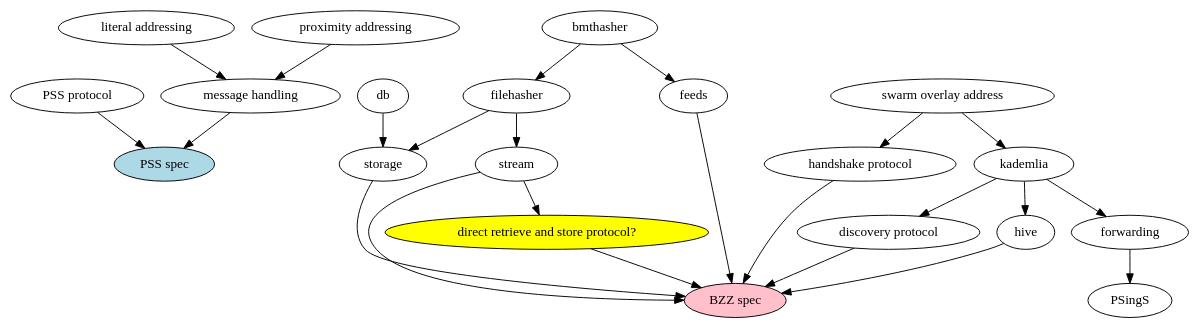
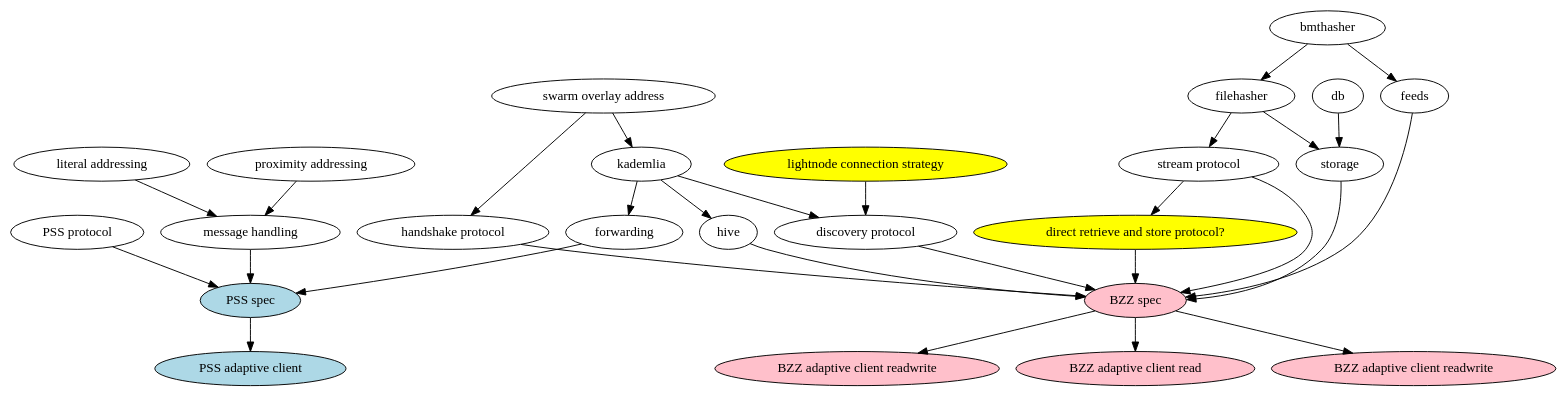
One commit to nolash/swarm-adaptive-node changed the diagram in specdep.dot. Above: the diagram before and after it, drawn with Graphviz. The commit also changed 1 other file, not shown here.

```diff
--- a/specdep.dot
+++ b/specdep.dot
@@ -1,30 +1,41 @@
 digraph{
 	PSS [label="PSS spec",style="filled",fillcolor="lightblue"]
 	BZZ [label="BZZ spec",style="filled",fillcolor="pink"]
 	lightextension [label="direct retrieve and store protocol?",style="filled",fillcolor="yellow"]
 	discovery [label="discovery protocol"]
 	handshake [label="handshake protocol"]
 	pssprotocol [label="PSS protocol"]
 	overlay [label="swarm overlay address"]
 	literaladdress [label="literal addressing"]
 	proxaddress [label="proximity addressing"]
 	psshandler [label="message handling"]
-	stream [labe="stream protocol"]
+	stream [label="stream protocol"]
+	lightdiscoverystrategy [label="lightnode connection strategy",style="filled",fillcolor="yellow"]
+	bzzclientread [label="BZZ adaptive client read",style="filled",fillcolor="pink"]
+	bzzclientrw [label="BZZ adaptive client readwrite",style="filled",fillcolor="pink"]
+	bzzserver [label="BZZ adaptive client readwrite",style="filled",fillcolor="pink"]
+	pssclient [label="PSS adaptive client",style="filled",fillcolor="lightblue"]
 	
 	overlay -> kademlia
 	overlay -> handshake
 
-	kademlia -> forwarding -> PSingS
+	kademlia -> forwarding -> PSS
 	pssprotocol -> PSS
 	{literaladdress, proxaddress} -> psshandler -> PSS
 
 	handshake -> BZZ
+	lightdiscoverystrategy -> discovery
 	kademlia -> discovery -> BZZ
 	kademlia -> hive -> BZZ
 	bmthasher -> filehasher
 	{filehasher, db} -> storage
 	filehasher -> stream
 	stream -> lightextension
 	{storage, stream, lightextension} -> BZZ
 	bmthasher -> feeds -> BZZ
+
+	BZZ -> bzzclientread
+	BZZ -> bzzclientrw
+	BZZ -> bzzserver
+	PSS -> pssclient
 }
```
